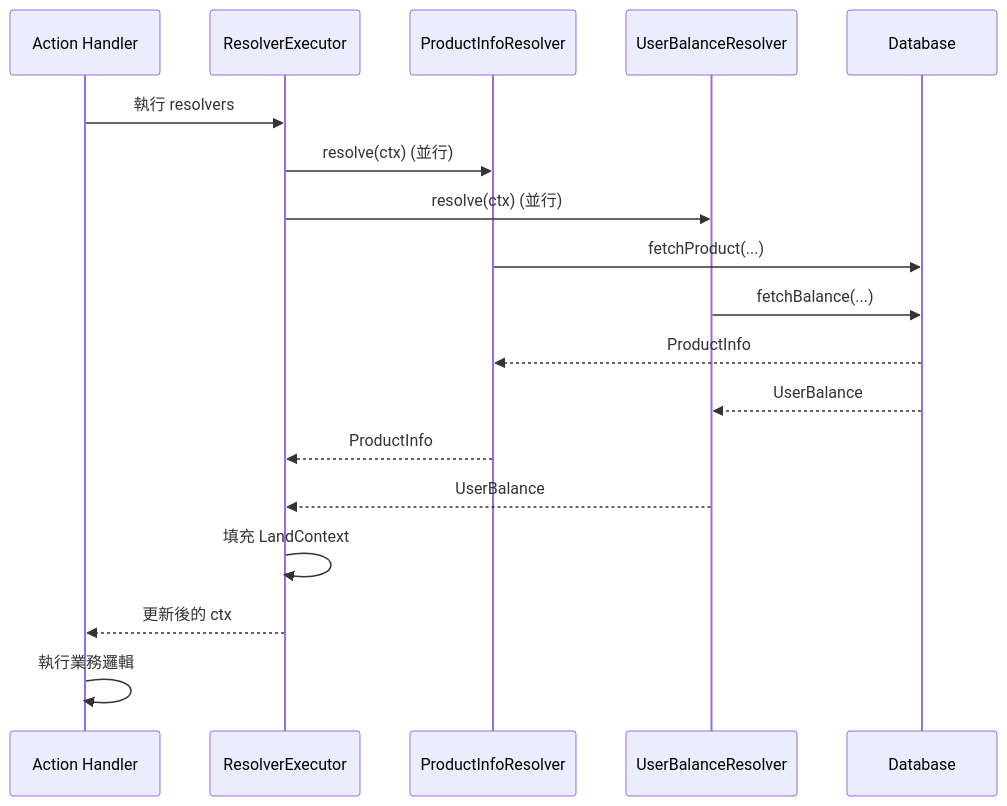
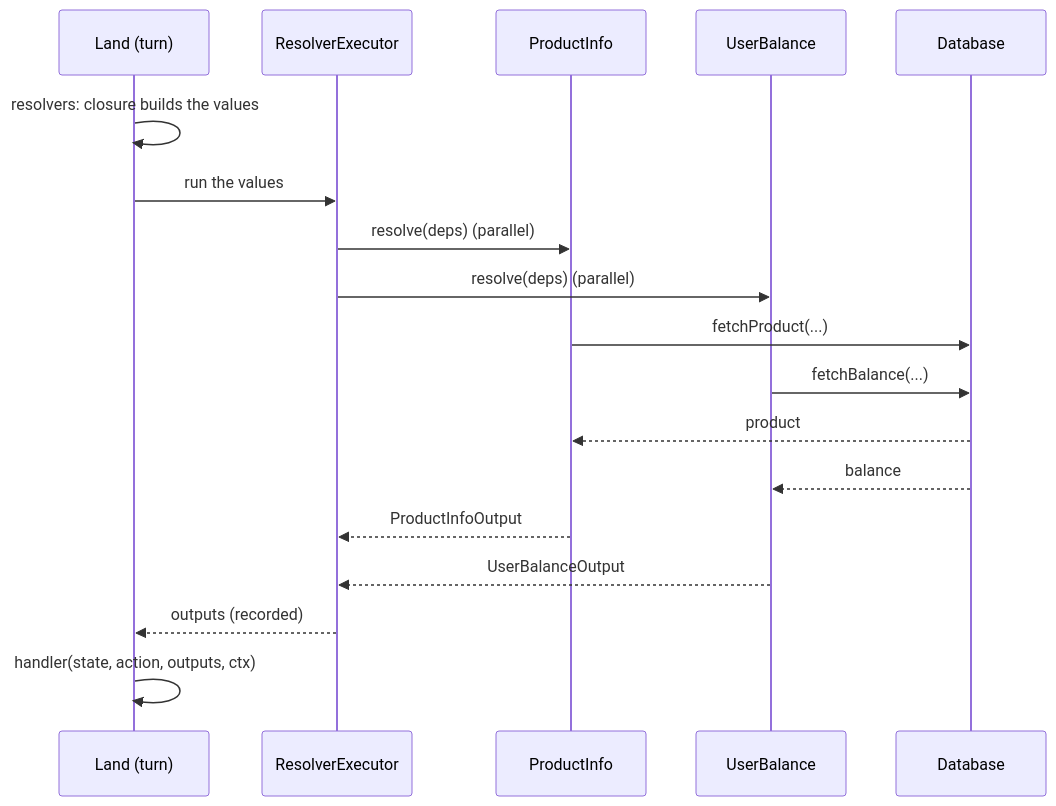
The diagram in docs/core/resolver.zh-TW.md (gmliao/swift-state-tree), drawn with Mermaid before and after one commit. The commit also changed other lines of this file and 16 other files, not shown here.

First line of the commit message:
Docs: resolvers are values, outputs are handler parameters

````diff
--- a/docs/core/resolver.zh-TW.md
+++ b/docs/core/resolver.zh-TW.md
@@ -142,21 +205,21 @@
 ```mermaid
 sequenceDiagram
-    participant Handler as Action Handler
+    participant Land as Land (turn)
     participant Executor as ResolverExecutor
-    participant R1 as ProductInfoResolver
-    participant R2 as UserBalanceResolver
+    participant R1 as ProductInfo
+    participant R2 as UserBalance
     participant DB as Database
-    
-    Handler->>Executor: 執行 resolvers
-    Executor->>R1: resolve(ctx) (並行)
-    Executor->>R2: resolve(ctx) (並行)
+
+    Land->>Land: resolvers: closure builds the values
+    Land->>Executor: run the values
+    Executor->>R1: resolve(deps) (parallel)
+    Executor->>R2: resolve(deps) (parallel)
     R1->>DB: fetchProduct(...)
     R2->>DB: fetchBalance(...)
-    DB-->>R1: ProductInfo
-    DB-->>R2: UserBalance
-    R1-->>Executor: ProductInfo
-    R2-->>Executor: UserBalance
-    Executor->>Executor: 填充 LandContext
-    Executor-->>Handler: 更新後的 ctx
-    Handler->>Handler: 執行業務邏輯
+    DB-->>R1: product
+    DB-->>R2: balance
+    R1-->>Executor: ProductInfoOutput
+    R2-->>Executor: UserBalanceOutput
+    Executor-->>Land: outputs (recorded)
+    Land->>Land: handler(state, action, outputs, ctx)
 ```
````
